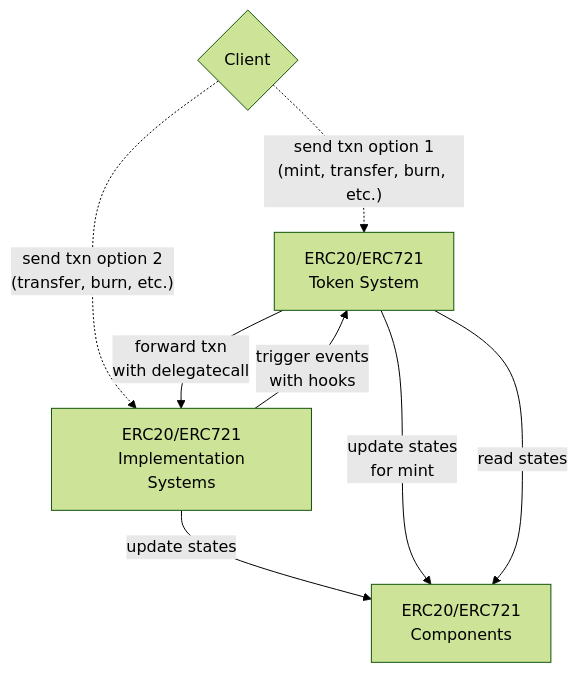
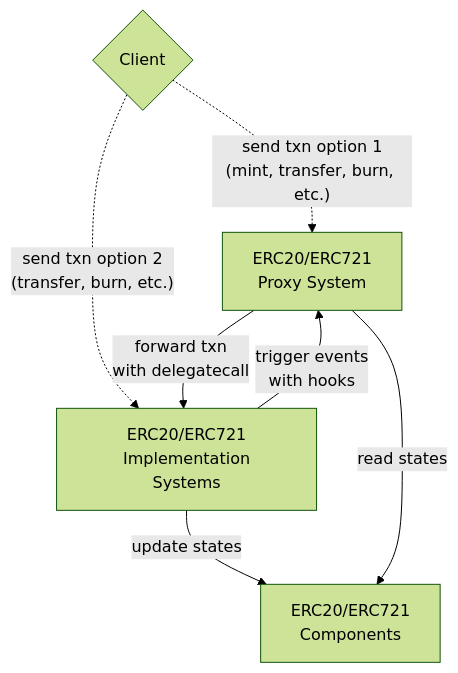
One commit to Boffee/secs changed the diagram in README.md. Above: the diagram before and after it, drawn with Mermaid (forest theme). The commit also changed other lines of this file, not shown here.

Commit message:
doc: update to reflect token proxy system

````diff
--- a/README.md
+++ b/README.md
@@ -7,10 +7,9 @@
 ```mermaid
 flowchart TD;
-    client{Client} -. "send txn option 1\n(mint, transfer, burn, etc.)" .-> Token[ERC20/ERC721\n Token System];
+    client{Client} -. "send txn option 1\n(mint, transfer, burn, etc.)" .-> Token[ERC20/ERC721\n Proxy System];
     client{Client} -. "send txn option 2\n(transfer, burn, etc.)" .-> Systems[ERC20/ERC721\n Implementation Systems];
     Token -- forward txn\n with delegatecall --> Systems;
     Systems -- "trigger events\n with hooks" --> Token;
     Systems -- update states --> Components[ERC20/ERC721\n Components];
-    Token --update states\nfor mint--> Components;
     Token --read states--> Components;
 ```
````
